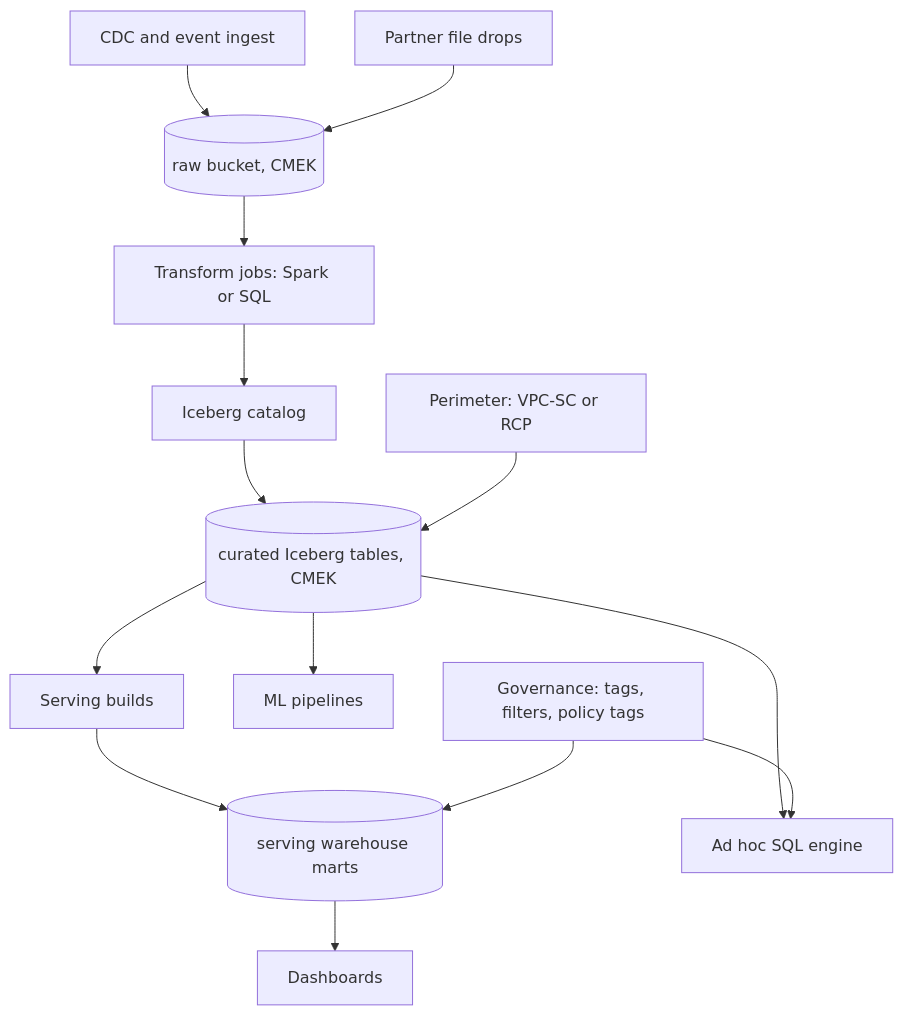
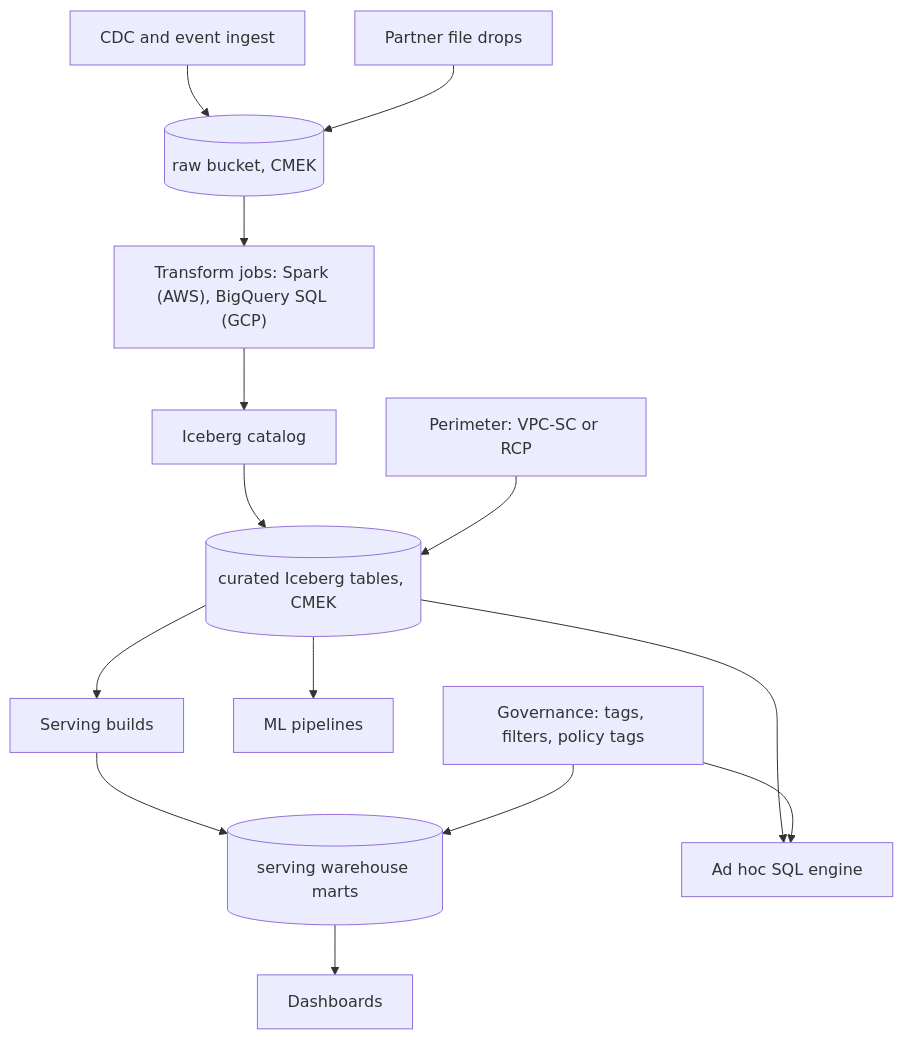
Before and after one commit to EdwinKassier/Ashes-Devops-Tools: the second of 2 diagrams in examples/system-design/12-data-lake-warehouse.md, drawn with Mermaid. The commit also changed 3 other files, not shown here.

````diff
--- a/examples/system-design/12-data-lake-warehouse.md
+++ b/examples/system-design/12-data-lake-warehouse.md
@@ -171,16 +171,16 @@
 ```mermaid
 graph TB
     cdc["CDC and event ingest"] --> rawb[("raw bucket, CMEK")]
     files["Partner file drops"] --> rawb
-    rawb --> tjob["Transform jobs: Spark or SQL"]
+    rawb --> tjob["Transform jobs: Spark (AWS), BigQuery SQL (GCP)"]
     tjob --> cat["Iceberg catalog"]
     cat --> curt[("curated Iceberg tables, CMEK")]
     curt --> sbuild["Serving builds"]
     sbuild --> wh[("serving warehouse marts")]
     wh --> dash["Dashboards"]
     curt --> sqlq["Ad hoc SQL engine"]
     curt --> ml["ML pipelines"]
     gov["Governance: tags, filters, policy tags"] --> sqlq
     gov --> wh
     perim["Perimeter: VPC-SC or RCP"] --> curt
 ```
````
